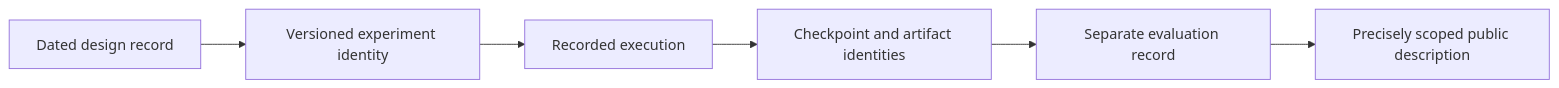
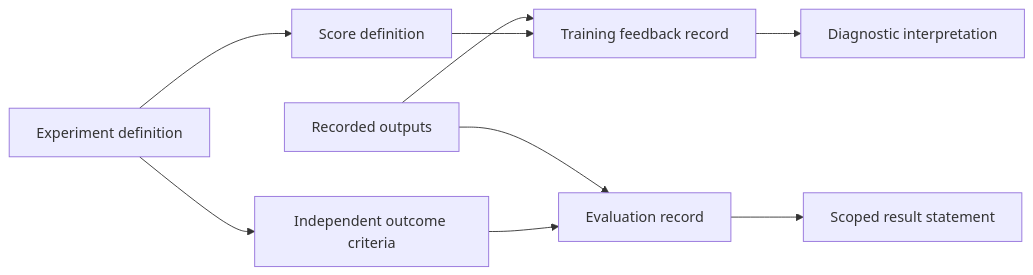
Before and after one commit to Kian-hdr/warden-core: the diagram in docs/reward-policy-overview.md, drawn with Mermaid. The commit also changed other lines of this file and 26 other files, not shown here.

````diff
--- a/docs/reward-policy-overview.md
+++ b/docs/reward-policy-overview.md
@@ -17,8 +5,11 @@
 ```mermaid
 flowchart LR
-    D[Dated design record] --> V[Versioned experiment identity]
-    V --> R[Recorded execution]
-    R --> C[Checkpoint and artifact identities]
-    C --> E[Separate evaluation record]
-    E --> P[Precisely scoped public description]
+    D[Experiment definition] --> S[Score definition]
+    D --> C[Independent outcome criteria]
+    R[Recorded outputs] --> T[Training feedback record]
+    S --> T
+    R --> E[Evaluation record]
+    C --> E
+    T --> A[Diagnostic interpretation]
+    E --> P[Scoped result statement]
 ```
````
